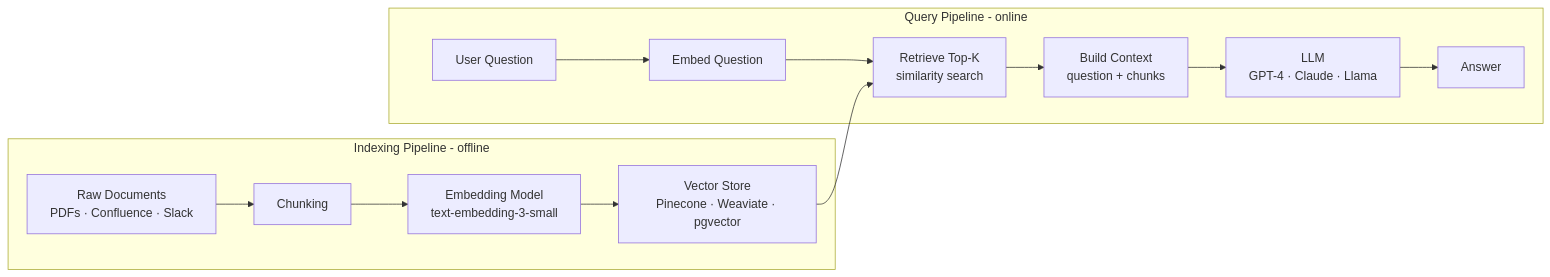
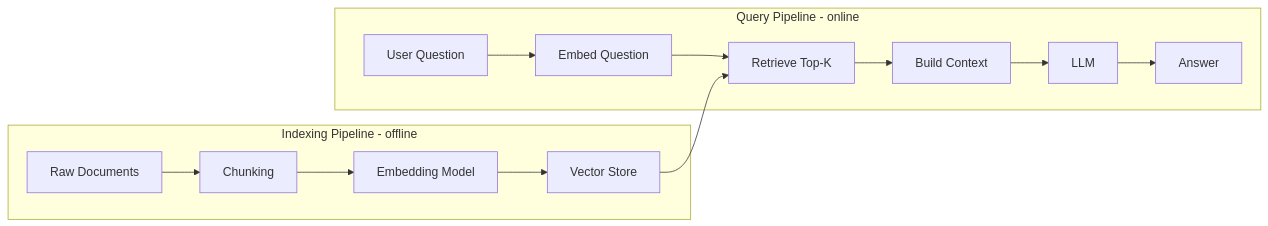
Before and after one commit to gcmishra7/data-engineering-helper: the diagram in 11-ai-data-engineering/01-rag-concepts.md, drawn with Mermaid. The commit also changed other lines of this file and 57 other files, not shown here.

First line of the commit message:
Shorten mermaid node labels to fix text truncation on GitHub

````diff
--- a/11-ai-data-engineering/01-rag-concepts.md
+++ b/11-ai-data-engineering/01-rag-concepts.md
@@ -8,17 +8,17 @@
 ```mermaid
 graph LR
     subgraph Indexing Pipeline - offline
-        DOC[Raw Documents<br/>PDFs · Confluence · Slack] --> CHUNK[Chunking]
-        CHUNK --> EMBED[Embedding Model<br/>text-embedding-3-small]
-        EMBED --> VS[Vector Store<br/>Pinecone · Weaviate · pgvector]
+        DOC[Raw Documents] --> CHUNK[Chunking]
+        CHUNK --> EMBED[Embedding Model]
+        EMBED --> VS[Vector Store]
     end
 
     subgraph Query Pipeline - online
         Q[User Question] --> QE[Embed Question]
-        QE --> RET[Retrieve Top-K<br/>similarity search]
+        QE --> RET[Retrieve Top-K]
         VS --> RET
-        RET --> CTX[Build Context<br/>question + chunks]
-        CTX --> LLM[LLM<br/>GPT-4 · Claude · Llama]
+        RET --> CTX[Build Context]
+        CTX --> LLM[LLM]
         LLM --> ANS[Answer]
     end
 ```
````
